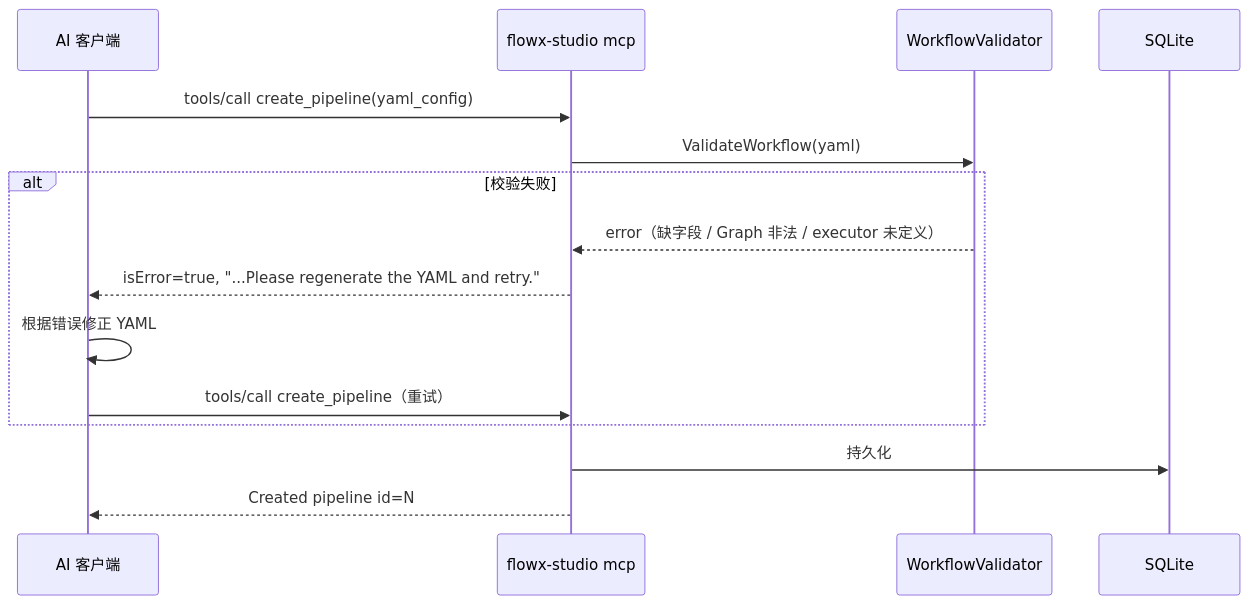
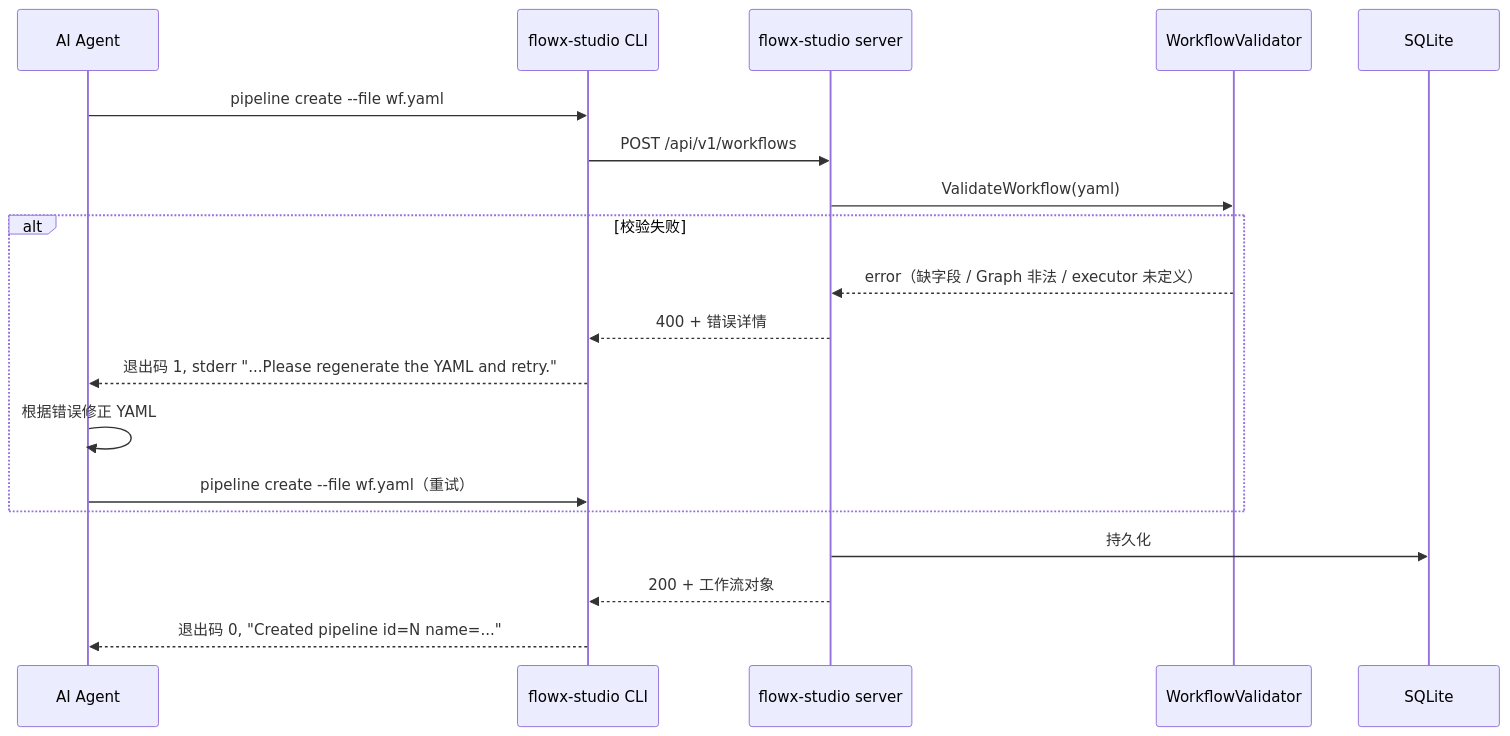
The second of 3 diagrams in docs/06-ai-service.md (LerkoX/flowx-studio), drawn with Mermaid before and after one commit. The commit also changed other lines of this file and 20 other files, not shown here.

First line of the commit message:
docs: replace MCP integration with SKILL + CLI progressive disclosure

````diff
--- a/docs/06-ai-service.md
+++ b/docs/06-ai-service.md
@@ -182,18 +176,22 @@
 ```mermaid
 sequenceDiagram
-    participant AI as AI 客户端
-    participant MCP as flowx-studio mcp
+    participant AI as AI Agent
+    participant CLI as flowx-studio CLI
+    participant HTTP as flowx-studio server
     participant V as WorkflowValidator
     participant DB as SQLite
 
-    AI->>MCP: tools/call create_pipeline(yaml_config)
-    MCP->>V: ValidateWorkflow(yaml)
+    AI->>CLI: pipeline create --file wf.yaml
+    CLI->>HTTP: POST /api/v1/workflows
+    HTTP->>V: ValidateWorkflow(yaml)
     alt 校验失败
-        V-->>MCP: error（缺字段 / Graph 非法 / executor 未定义）
-        MCP-->>AI: isError=true, "...Please regenerate the YAML and retry."
+        V-->>HTTP: error（缺字段 / Graph 非法 / executor 未定义）
+        HTTP-->>CLI: 400 + 错误详情
+        CLI-->>AI: 退出码 1, stderr "...Please regenerate the YAML and retry."
         AI->>AI: 根据错误修正 YAML
-        AI->>MCP: tools/call create_pipeline（重试）
+        AI->>CLI: pipeline create --file wf.yaml（重试）
     end
-    MCP->>DB: 持久化
-    MCP-->>AI: Created pipeline id=N
+    HTTP->>DB: 持久化
+    HTTP-->>CLI: 200 + 工作流对象
+    CLI-->>AI: 退出码 0, "Created pipeline id=N name=..."
 ```
````
